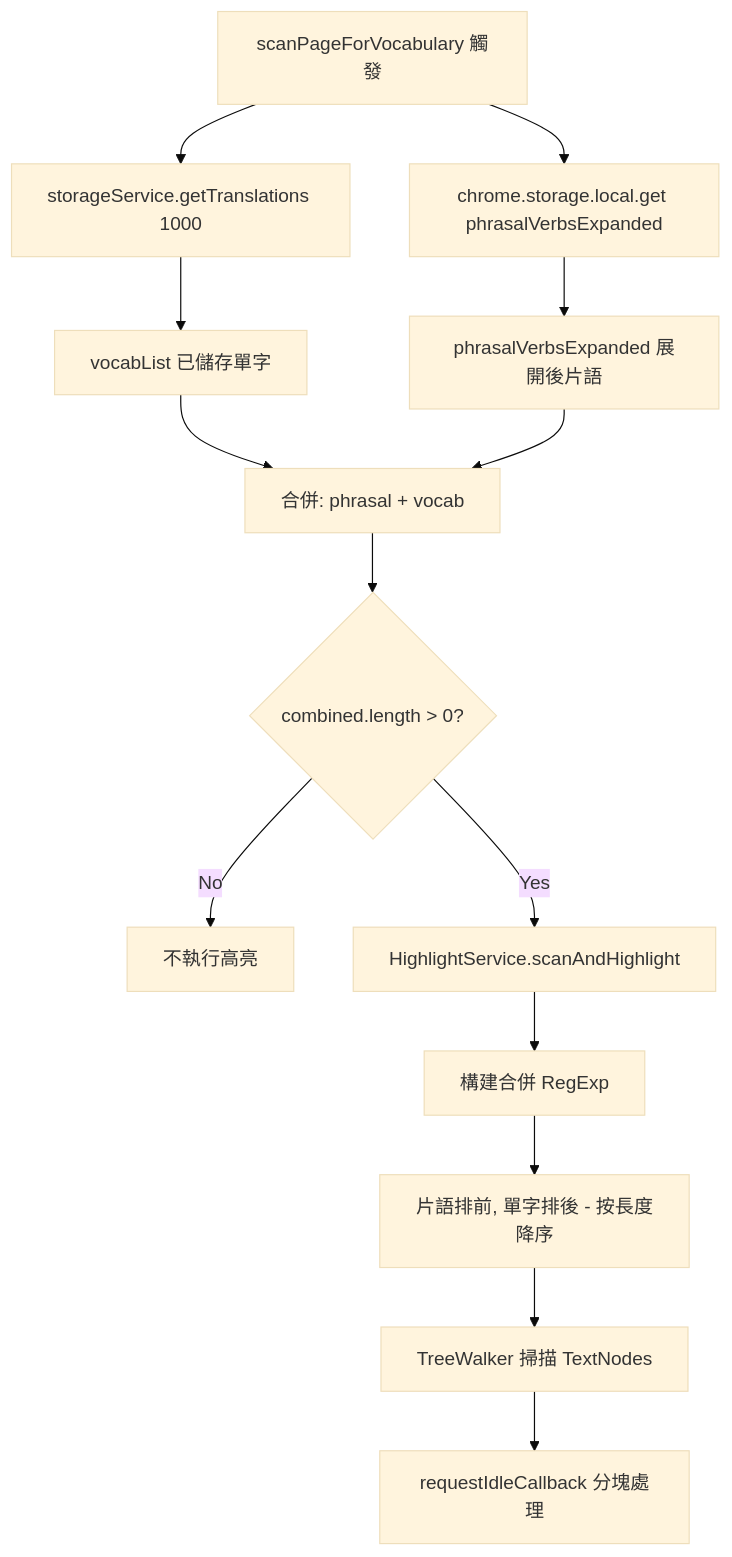
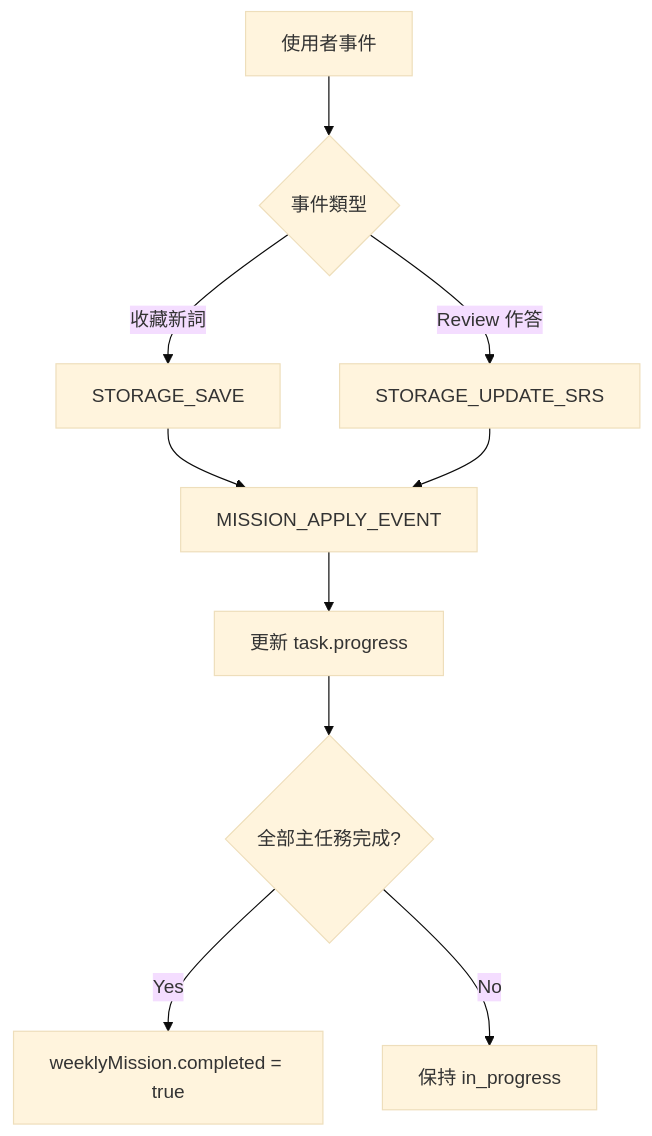
Before and after one commit to kylecheng3146/highlighting-translate: the second of 5 diagrams in .shared/05-flow-diagrams.md, drawn with Mermaid (base theme). The commit also changed other lines of this file and 24 other files, not shown here.

````diff
--- a/.shared/05-flow-diagrams.md
+++ b/.shared/05-flow-diagrams.md
@@ -38,16 +27,12 @@
 ```mermaid
 flowchart TD
-    A[scanPageForVocabulary 觸發] --> B[storageService.getTranslations 1000]
-    A --> C[chrome.storage.local.get phrasalVerbsExpanded]
-    B --> D[vocabList 已儲存單字]
-    C --> E[phrasalVerbsExpanded 展開後片語]
-    D --> F[合併: phrasal + vocab]
-    E --> F
-    F --> G{combined.length > 0?}
-    G -- No --> Z[不執行高亮]
-    G -- Yes --> H[HighlightService.scanAndHighlight]
-    H --> I[構建合併 RegExp]
-    I --> J[片語排前, 單字排後 - 按長度降序]
-    J --> K[TreeWalker 掃描 TextNodes]
-    K --> L[requestIdleCallback 分塊處理]
+    A[使用者事件] --> B{事件類型}
+    B -- 收藏新詞 --> C[STORAGE_SAVE]
+    B -- Review 作答 --> D[STORAGE_UPDATE_SRS]
+    C --> E[MISSION_APPLY_EVENT]
+    D --> E
+    E --> F[更新 task.progress]
+    F --> G{全部主任務完成?}
+    G -- Yes --> H[weeklyMission.completed = true]
+    G -- No --> I[保持 in_progress]
 ```
````
